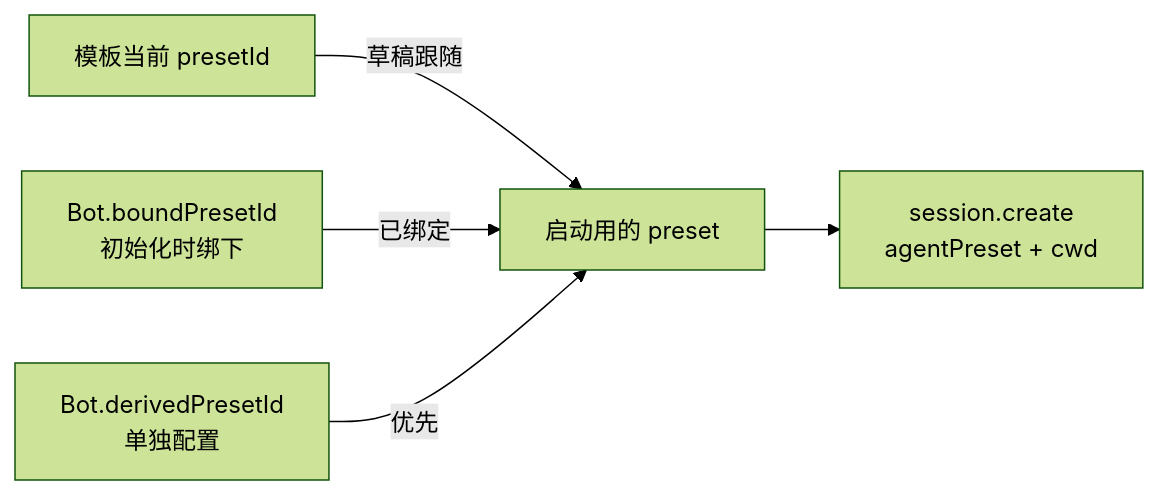
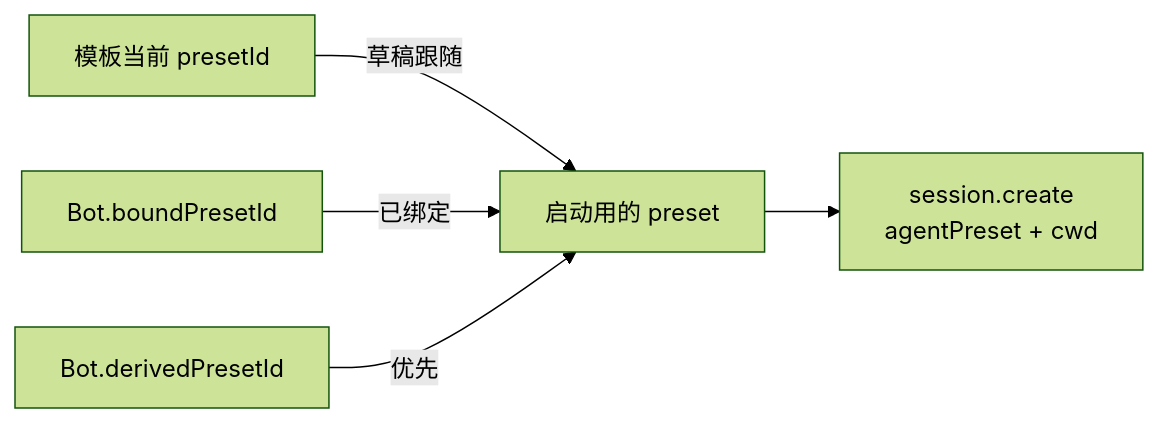
The third of 6 diagrams in docs/BOT_SESSION_MAP.md (aningdev/MyAid), drawn with Mermaid (forest theme) before and after one commit. The commit also changed other lines of this file and 26 other files, not shown here.

````diff
--- a/docs/BOT_SESSION_MAP.md
+++ b/docs/BOT_SESSION_MAP.md
@@ -73,11 +74,11 @@
 ```mermaid
 flowchart LR
   tmpl["模板当前 presetId"]
-  bound["Bot.boundPresetId<br/>初始化时绑下"]
-  derived["Bot.derivedPresetId<br/>单独配置"]
+  bound["Bot.boundPresetId"]
+  derived["Bot.derivedPresetId"]
   resolve["启动用的 preset"]
   tmpl -->|"草稿跟随"| resolve
   bound -->|"已绑定"| resolve
   derived -->|"优先"| resolve
   resolve --> create["session.create<br/>agentPreset + cwd"]
 ```
````
